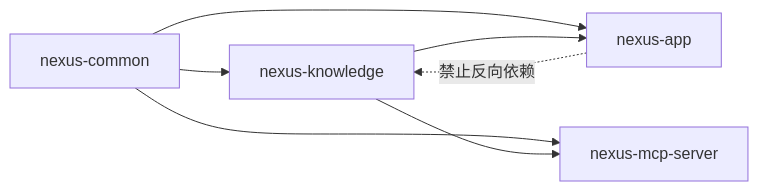
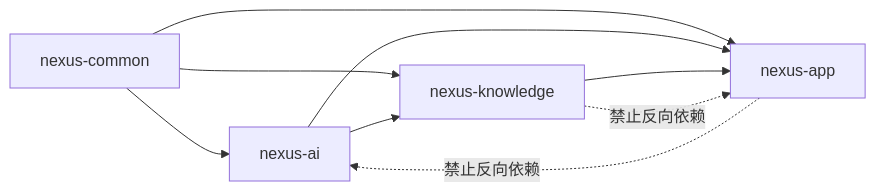
One commit to Prisdvl/prisdvl-nexus changed the third of 16 diagrams in docs/architecture.md. Above: the diagram before and after it, drawn with Mermaid. The commit also changed other lines of this file and 27 other files, not shown here.

````diff
--- a/docs/architecture.md
+++ b/docs/architecture.md
@@ -92,9 +190,11 @@
 ```mermaid
 graph LR
-    C["nexus-common"] --> K["nexus-knowledge"]
+    C["nexus-common"] --> AI["nexus-ai"]
+    C --> K["nexus-knowledge"]
+    AI --> K
     C --> APP["nexus-app"]
+    AI --> APP
     K --> APP
-    C --> M["nexus-mcp-server"]
-    K --> M
-    APP -.禁止反向依赖.-> K
+    K -.禁止反向依赖.-> APP
+    APP -.禁止反向依赖.-> AI
 ```
````
